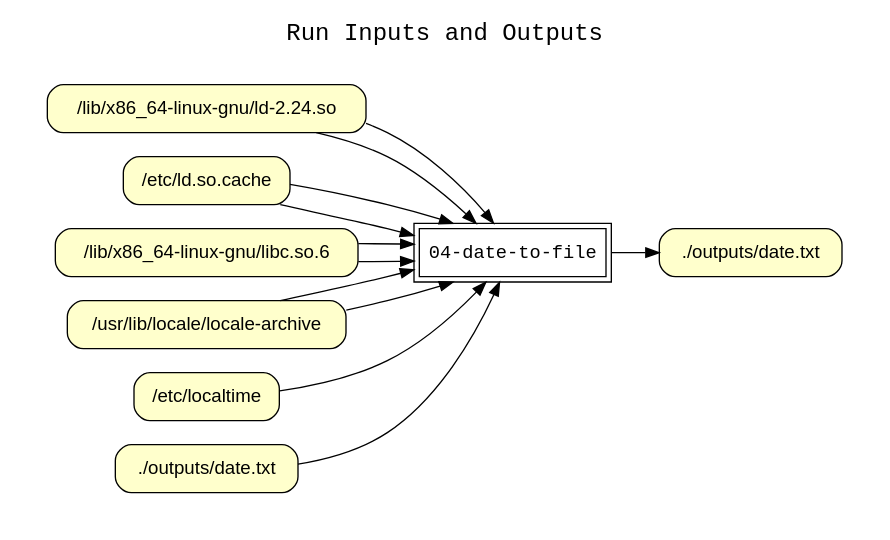
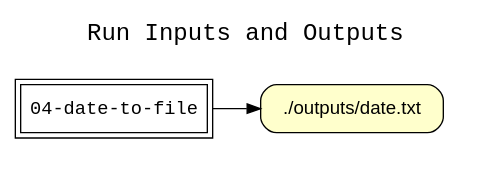
One commit to CIRSS/cpr changed the diagram in examples/04-date-to-file/graphs/wt_run_inputs_outputs.dot. Above: the diagram before and after it, drawn with Graphviz. The commit also changed 13 other files, not shown here.

Commit message:
In first graph limit read and written files to those in directories with corresponding roles.

```diff
--- a/examples/04-date-to-file/graphs/wt_run_inputs_outputs.dot
+++ b/examples/04-date-to-file/graphs/wt_run_inputs_outputs.dot
@@ -1,38 +1,18 @@
 
 digraph wt_run {
 rankdir=LR
 fontname=Courier; fontsize=18; labelloc=t
 label="Run Inputs and Outputs"
 node[shape=box style="filled" fillcolor="#FFFFFF" peripheries=2 fontname=Courier]
 "04-date-to-file"
 subgraph cluster_inputs { label=""; color=white; penwidth=0
 subgraph cluster_inputs_inner { label=""; color=white
 node[shape=box style="rounded,filled" fillcolor="#FFFFCC" peripheries=1 fontname=Helvetica]
-"input:/lib/x86_64-linux-gnu/ld-2.24.so" [label="/lib/x86_64-linux-gnu/ld-2.24.so"]
-"input:/etc/ld.so.cache" [label="/etc/ld.so.cache"]
-"input:/lib/x86_64-linux-gnu/libc.so.6" [label="/lib/x86_64-linux-gnu/libc.so.6"]
-"input:/usr/lib/locale/locale-archive" [label="/usr/lib/locale/locale-archive"]
-"input:/etc/localtime" [label="/etc/localtime"]
-"input:/lib/x86_64-linux-gnu/ld-2.24.so" [label="/lib/x86_64-linux-gnu/ld-2.24.so"]
-"input:/etc/ld.so.cache" [label="/etc/ld.so.cache"]
-"input:/lib/x86_64-linux-gnu/libc.so.6" [label="/lib/x86_64-linux-gnu/libc.so.6"]
-"input:/usr/lib/locale/locale-archive" [label="/usr/lib/locale/locale-archive"]
-"input:./outputs/date.txt" [label="./outputs/date.txt"]
 }}
 subgraph cluster_outputs { label=""; color=white; penwidth=0
 subgraph cluster_outputs_inner { label=""; color=white
 node[shape=box style="rounded,filled" fillcolor="#FFFFCC" peripheries=1 fontname=Helvetica]
 "output:./outputs/date.txt" [label="./outputs/date.txt"]
 }}
-"input:/lib/x86_64-linux-gnu/ld-2.24.so" -> "04-date-to-file"
-"input:/etc/ld.so.cache" -> "04-date-to-file"
-"input:/lib/x86_64-linux-gnu/libc.so.6" -> "04-date-to-file"
-"input:/usr/lib/locale/locale-archive" -> "04-date-to-file"
-"input:/etc/localtime" -> "04-date-to-file"
-"input:/lib/x86_64-linux-gnu/ld-2.24.so" -> "04-date-to-file"
-"input:/etc/ld.so.cache" -> "04-date-to-file"
-"input:/lib/x86_64-linux-gnu/libc.so.6" -> "04-date-to-file"
-"input:/usr/lib/locale/locale-archive" -> "04-date-to-file"
-"input:./outputs/date.txt" -> "04-date-to-file"
 "04-date-to-file" -> "output:./outputs/date.txt"
 }
```
